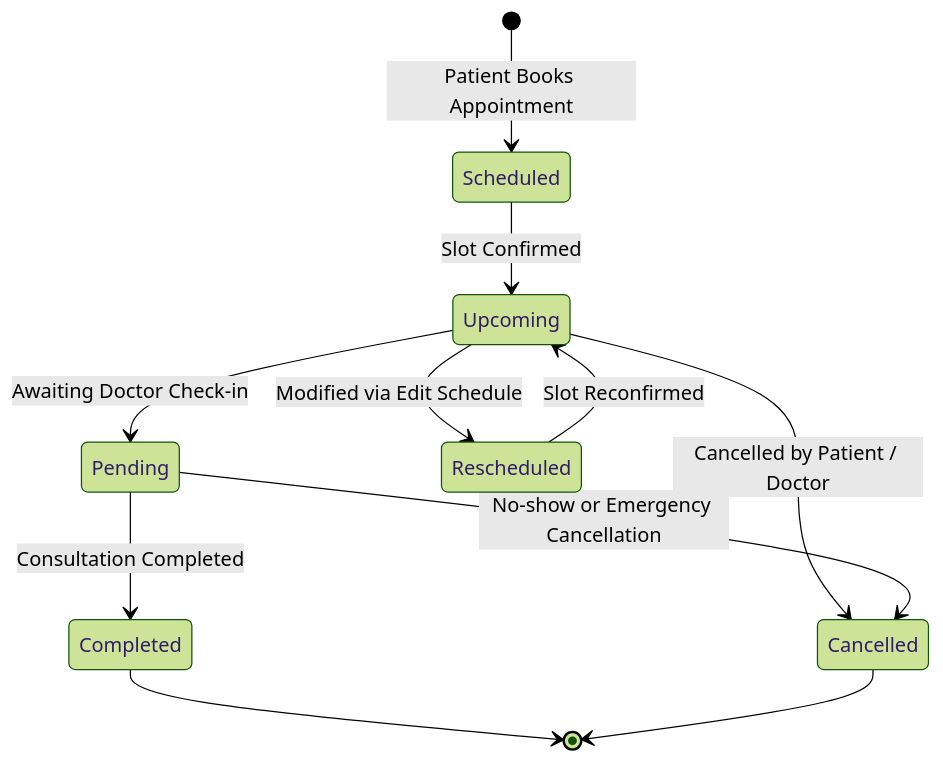
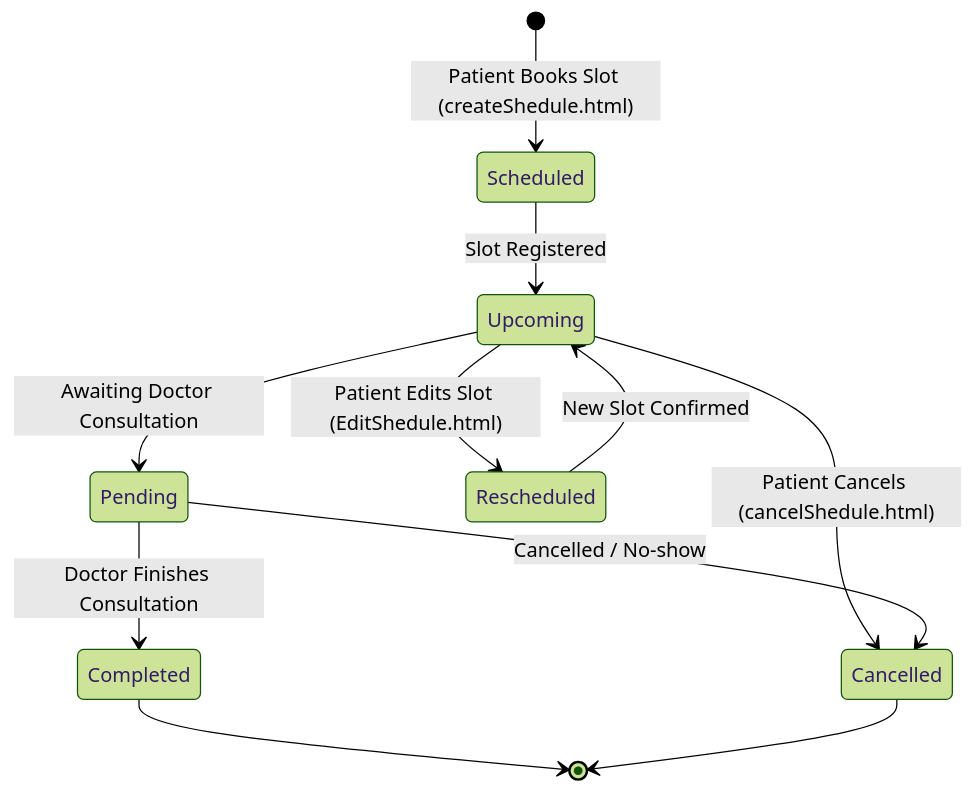
The third of 3 diagrams in README.md (ankitakumari-eng/Appointment_shedule), drawn with Mermaid (forest theme) before and after one commit. The commit also changed other lines of this file, not shown here.

Commit message:
Docs: correct application flow to reflect patient-owned schedule actions and pure HTML/CSS/JS frontend with future backend roadmap

````diff
--- a/README.md
+++ b/README.md
@@ -252,13 +281,13 @@
 ```mermaid
 stateDiagram-v2
-    [*] --> Scheduled: Patient Books Appointment
-    Scheduled --> Upcoming: Slot Confirmed
-    Upcoming --> Pending: Awaiting Doctor Check-in
-    Pending --> Completed: Consultation Completed
-    Upcoming --> Rescheduled: Modified via Edit Schedule
-    Rescheduled --> Upcoming: Slot Reconfirmed
-    Upcoming --> Cancelled: Cancelled by Patient / Doctor
-    Pending --> Cancelled: No-show or Emergency Cancellation
+    [*] --> Scheduled: Patient Books Slot (createShedule.html)
+    Scheduled --> Upcoming: Slot Registered
+    Upcoming --> Pending: Awaiting Doctor Consultation
+    Pending --> Completed: Doctor Finishes Consultation
+    Upcoming --> Rescheduled: Patient Edits Slot (EditShedule.html)
+    Rescheduled --> Upcoming: New Slot Confirmed
+    Upcoming --> Cancelled: Patient Cancels (cancelShedule.html)
+    Pending --> Cancelled: Cancelled / No-show
     Completed --> [*]
     Cancelled --> [*]
 ```
````
